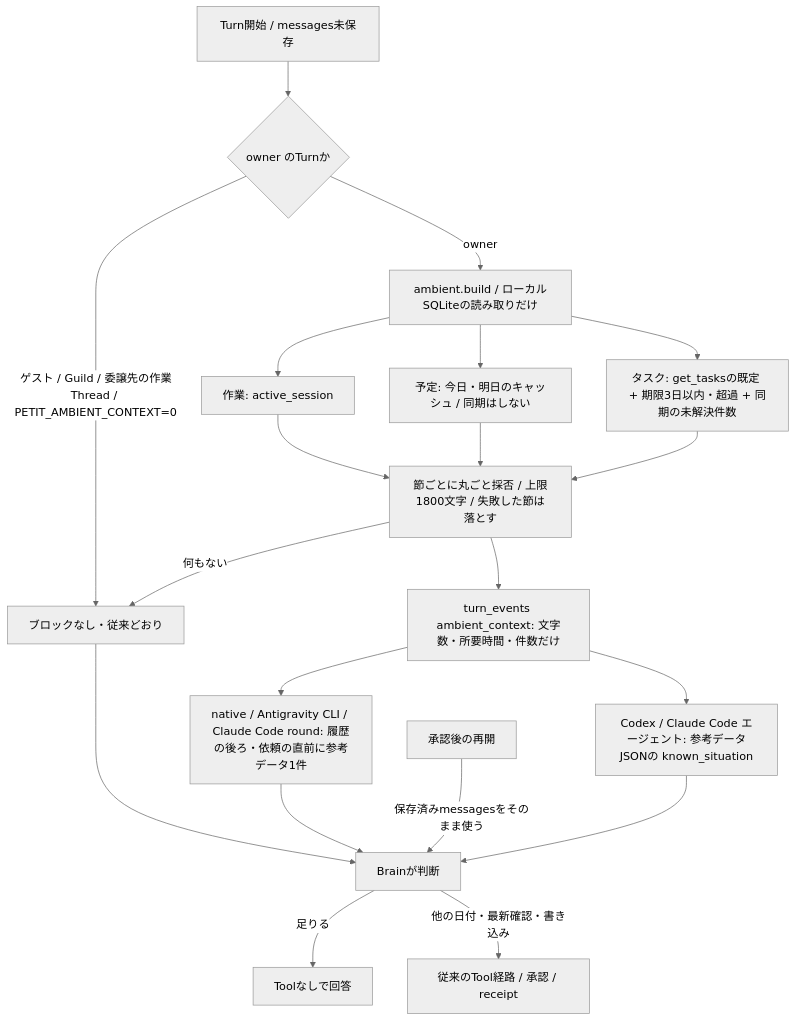
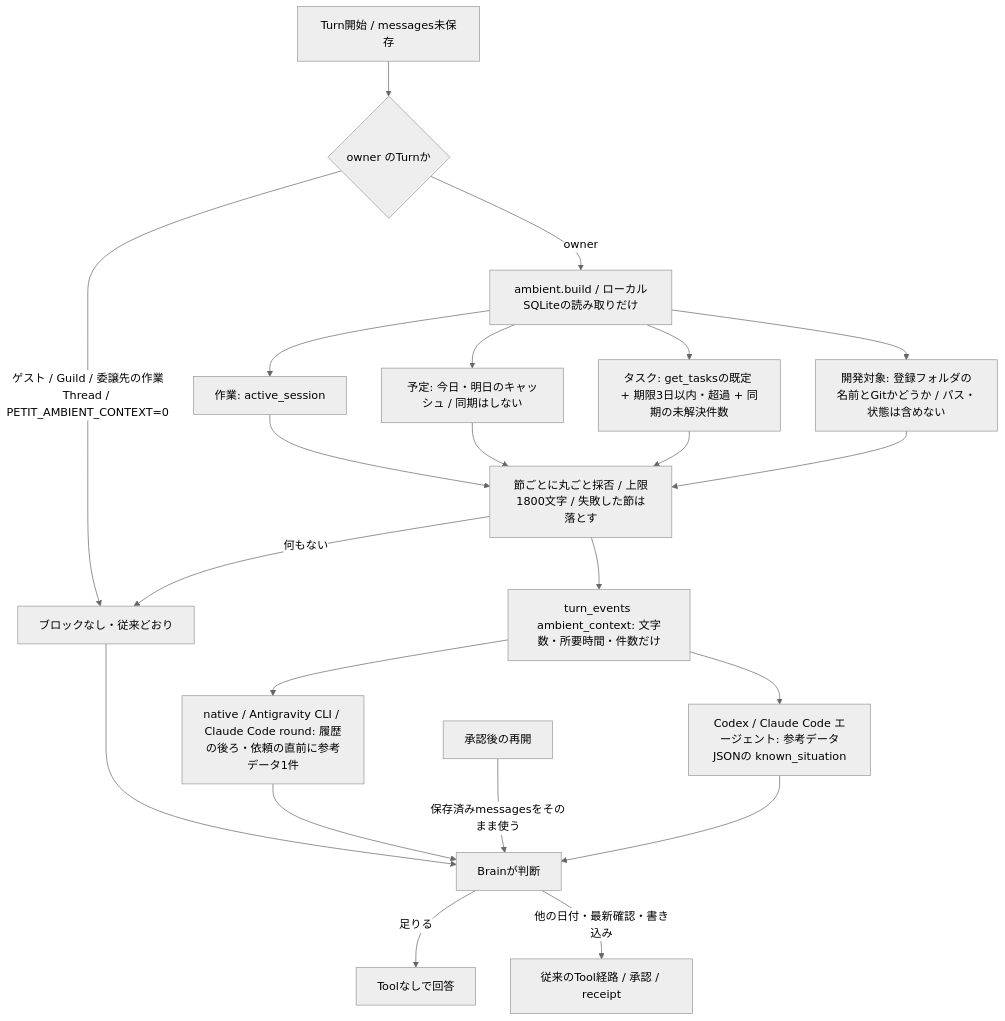
One commit to Soso2e/PETIT changed the third of 46 diagrams in docs/runtime-flows.md. Above: the diagram before and after it, drawn with Mermaid (neutral theme). The commit also changed 9 other files, not shown here.

````diff
--- a/docs/runtime-flows.md
+++ b/docs/runtime-flows.md
@@ -45,22 +45,24 @@
 ```mermaid
 flowchart TD
     Turn[Turn開始 / messages未保存] --> Gate{owner のTurnか}
     Gate -->|ゲスト / Guild / 委譲先の作業Thread / PETIT_AMBIENT_CONTEXT=0| None[ブロックなし・従来どおり]
     Gate -->|owner| Build[ambient.build / ローカルSQLiteの読み取りだけ]
     Build --> Work[作業: active_session]
     Build --> Schedule[予定: 今日・明日のキャッシュ / 同期はしない]
     Build --> Tasks[タスク: get_tasksの既定 + 期限3日以内・超過 + 同期の未解決件数]
+    Build --> Dev[開発対象: 登録フォルダの名前とGitかどうか / パス・状態は含めない]
+    Dev --> Budget
     Work --> Budget[節ごとに丸ごと採否 / 上限1800文字 / 失敗した節は落とす]
     Schedule --> Budget
     Tasks --> Budget
     Budget -->|何もない| None
     Budget --> Event[turn_events ambient_context: 文字数・所要時間・件数だけ]
     Event --> Native[native / Antigravity CLI / Claude Code round: 履歴の後ろ・依頼の直前に参考データ1件]
     Event --> External[Codex / Claude Code エージェント: 参考データJSONの known_situation]
     Native --> Brain[Brainが判断]
     External --> Brain
     None --> Brain
     Brain -->|足りる| Reply[Toolなしで回答]
     Brain -->|他の日付・最新確認・書き込み| Tools[従来のTool経路 / 承認 / receipt]
     Approval[承認後の再開] -->|保存済みmessagesをそのまま使う| Brain
 ```
````
